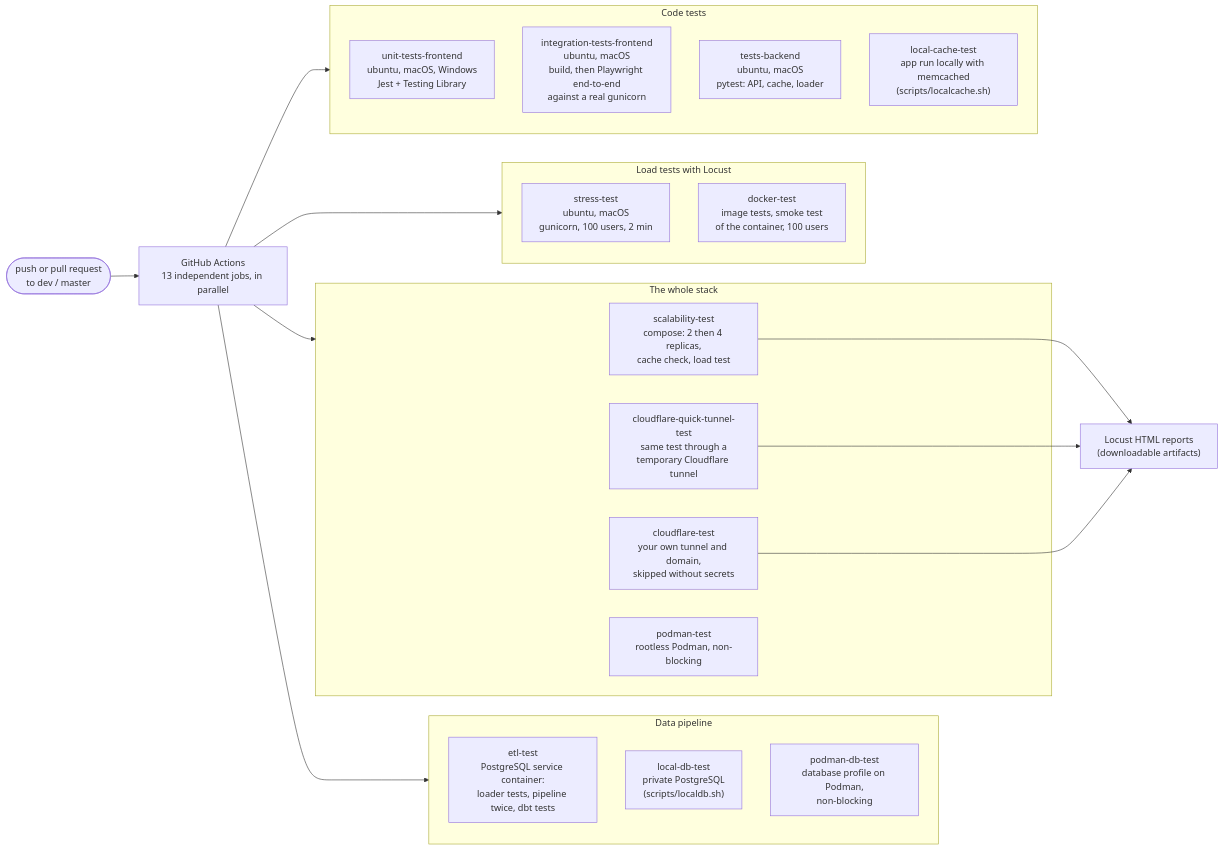
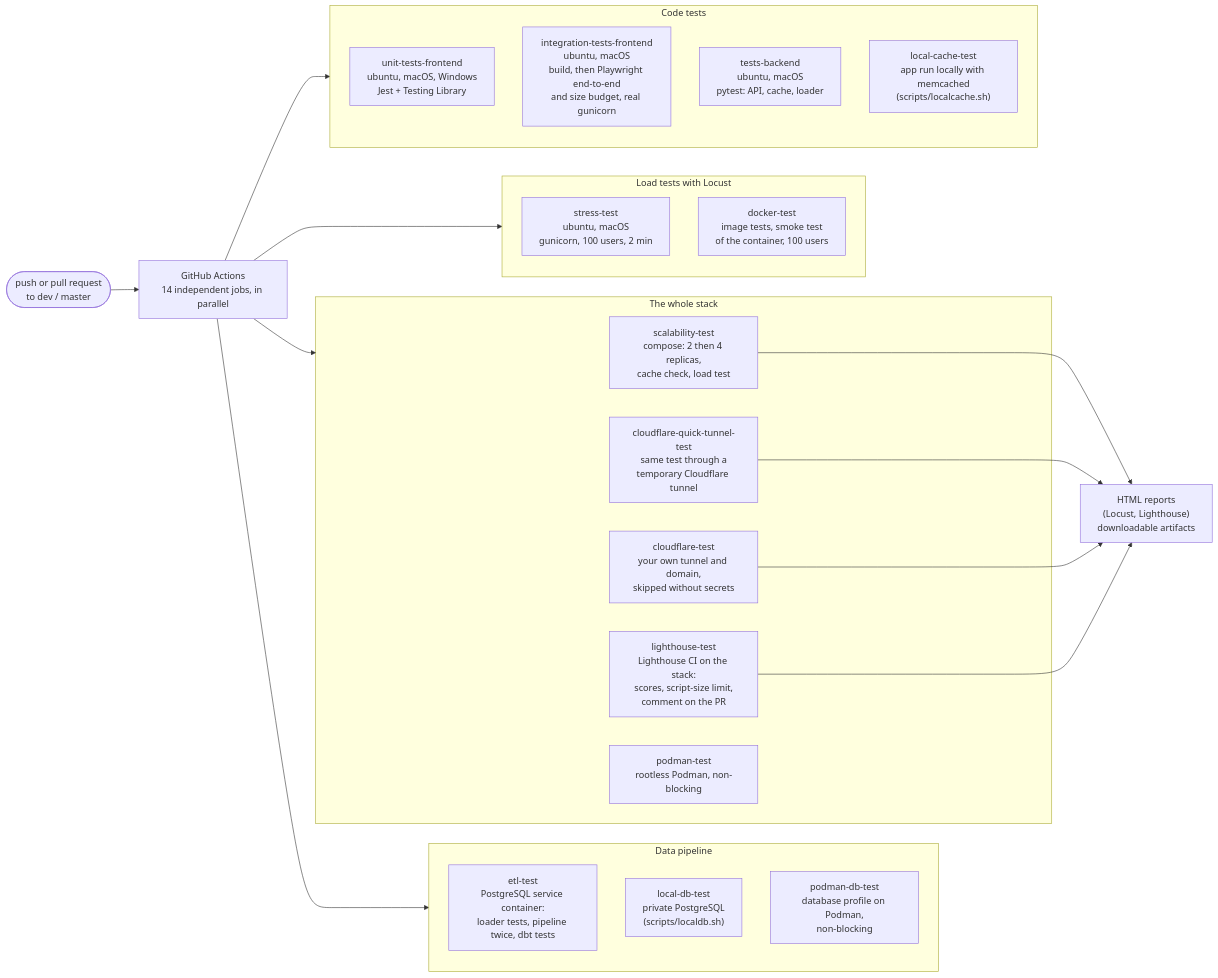
One commit to ybouilla/hiparis_project changed the first of 2 diagrams in CI_CD.md. Above: the diagram before and after it, drawn with Mermaid. The commit also changed other lines of this file and 7 other files, not shown here.

First line of the commit message:
Add a front-end size budget (Playwright) and Lighthouse CI, with reports on every PR

````diff
--- a/CI_CD.md
+++ b/CI_CD.md
@@ -7,37 +7,39 @@
 ```mermaid
 flowchart LR
-    trigger(["push or pull request<br/>to dev / master"]) --> gha["GitHub Actions<br/>13 independent jobs, in parallel"]
+    trigger(["push or pull request<br/>to dev / master"]) --> gha["GitHub Actions<br/>14 independent jobs, in parallel"]
 
     subgraph data["Data pipeline"]
         et["etl-test<br/>PostgreSQL service container:<br/>loader tests, pipeline twice, dbt tests"]
         lt["local-db-test<br/>private PostgreSQL<br/>(scripts/localdb.sh)"]
         pdt["podman-db-test<br/>database profile on Podman,<br/>non-blocking"]
     end
 
     subgraph deploy["The whole stack"]
         sc["scalability-test<br/>compose: 2 then 4 replicas,<br/>cache check, load test"]
         qt["cloudflare-quick-tunnel-test<br/>same test through a<br/>temporary Cloudflare tunnel"]
+        lh["lighthouse-test<br/>Lighthouse CI on the stack:<br/>scores, script-size limit,<br/>comment on the PR"]
         ct["cloudflare-test<br/>your own tunnel and domain,<br/>skipped without secrets"]
         pt["podman-test<br/>rootless Podman, non-blocking"]
     end
 
     subgraph perf["Load tests with Locust"]
         st["stress-test<br/>ubuntu, macOS<br/>gunicorn, 100 users, 2 min"]
         dt["docker-test<br/>image tests, smoke test<br/>of the container, 100 users"]
     end
 
     subgraph code["Code tests"]
         ut["unit-tests-frontend<br/>ubuntu, macOS, Windows<br/>Jest + Testing Library"]
-        it["integration-tests-frontend<br/>ubuntu, macOS<br/>build, then Playwright end-to-end<br/>against a real gunicorn"]
+        it["integration-tests-frontend<br/>ubuntu, macOS<br/>build, then Playwright end-to-end<br/>and size budget, real gunicorn"]
         bt["tests-backend<br/>ubuntu, macOS<br/>pytest: API, cache, loader"]
         lc["local-cache-test<br/>app run locally with memcached<br/>(scripts/localcache.sh)"]
     end
 
     gha --> data
     gha --> deploy
     gha --> perf
     gha --> code
-    sc --> reports["Locust HTML reports<br/>(downloadable artifacts)"]
+    sc --> reports["HTML reports<br/>(Locust, Lighthouse)<br/>downloadable artifacts"]
     qt --> reports
     ct --> reports
+    lh --> reports
 ```
````
